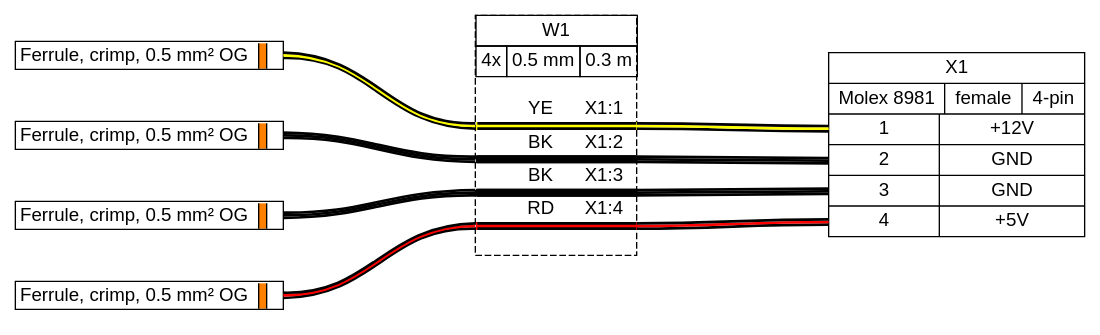
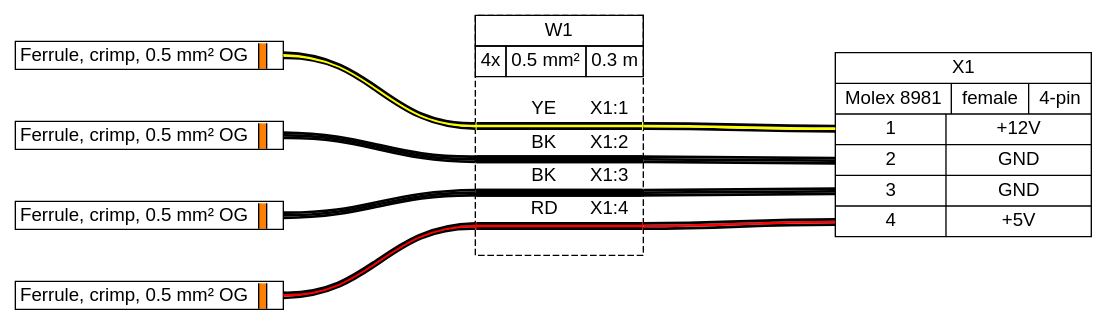
The diagram in tutorial/tutorial05.gv (wireviz/WireViz), drawn with Graphviz before and after one commit. The commit also changed 20 other files, not shown here.

```diff
--- a/tutorial/tutorial05.gv
+++ b/tutorial/tutorial05.gv
@@ -1,65 +1,65 @@
 graph {
 // Graph generated by WireViz
 // https://github.com/formatc1702/WireViz
 	graph [bgcolor=white fontname=arial nodesep=0.33 rankdir=LR ranksep=2]
 	node [fillcolor=white fontname=arial shape=record style=filled]
 	edge [fontname=arial style=bold]
 	X1 [label="X1|{Molex 8981|female|4-pin}|{{<p1l>1|<p2l>2|<p3l>3|<p4l>4}|{+12V|GND|GND|+5V}}"]
 	_F1 [label=<
 
                 <TABLE BORDER="1" CELLBORDER="0" CELLSPACING="0" CELLPADDING="2"><TR>
                 <TD PORT="p1l"> Ferrule, crimp, 0.5 mm² OG </TD>
                 <TD BGCOLOR="#FF8000" BORDER="1" SIDES="LR" WIDTH="4"></TD>
                 <TD PORT="p1r">  </TD>
                 </TR></TABLE>
 
 
                 > margin=0 orientation=180 shape=none style=filled]
 	_F2 [label=<
 
                 <TABLE BORDER="1" CELLBORDER="0" CELLSPACING="0" CELLPADDING="2"><TR>
                 <TD PORT="p1l"> Ferrule, crimp, 0.5 mm² OG </TD>
                 <TD BGCOLOR="#FF8000" BORDER="1" SIDES="LR" WIDTH="4"></TD>
                 <TD PORT="p1r">  </TD>
                 </TR></TABLE>
 
 
                 > margin=0 orientation=180 shape=none style=filled]
 	_F3 [label=<
 
                 <TABLE BORDER="1" CELLBORDER="0" CELLSPACING="0" CELLPADDING="2"><TR>
                 <TD PORT="p1l"> Ferrule, crimp, 0.5 mm² OG </TD>
                 <TD BGCOLOR="#FF8000" BORDER="1" SIDES="LR" WIDTH="4"></TD>
                 <TD PORT="p1r">  </TD>
                 </TR></TABLE>
 
 
                 > margin=0 orientation=180 shape=none style=filled]
 	_F4 [label=<
 
                 <TABLE BORDER="1" CELLBORDER="0" CELLSPACING="0" CELLPADDING="2"><TR>
                 <TD PORT="p1l"> Ferrule, crimp, 0.5 mm² OG </TD>
                 <TD BGCOLOR="#FF8000" BORDER="1" SIDES="LR" WIDTH="4"></TD>
                 <TD PORT="p1r">  </TD>
                 </TR></TABLE>
 
 
                 > margin=0 orientation=180 shape=none style=filled]
 	edge [color="#000000:#ffff00:#000000"]
 	_F1:e -- W1:w1:w
 	edge [color="#000000:#000000:#000000"]
 	_F2:e -- W1:w2:w
 	edge [color="#000000:#000000:#000000"]
 	_F3:e -- W1:w3:w
 	edge [color="#000000:#ff0000:#000000"]
 	_F4:e -- W1:w4:w
 	edge [color="#000000:#ffff00:#000000"]
 	W1:w1:e -- X1:p1l:w
 	edge [color="#000000:#000000:#000000"]
 	W1:w2:e -- X1:p2l:w
 	edge [color="#000000:#000000:#000000"]
 	W1:w3:e -- X1:p3l:w
 	edge [color="#000000:#ff0000:#000000"]
 	W1:w4:e -- X1:p4l:w
-	W1 [label=<<table border="0" cellspacing="0" cellpadding="0"><tr><td><table border="0" cellspacing="0" cellpadding="3" cellborder="1"><tr><td colspan="3">W1</td></tr><tr><td>4x</td><td>0.5 mm</td><td>0.3 m</td></tr></table></td></tr><tr><td>&nbsp;</td></tr><tr><td><table border="0" cellspacing="0" cellborder="0"><tr><td></td><td>YE</td><td>X1:1</td></tr><tr><td colspan="3" cellpadding="0" height="6" bgcolor="#ffff00" border="2" sides="tb" port="w1"></td></tr><tr><td></td><td>BK</td><td>X1:2</td></tr><tr><td colspan="3" cellpadding="0" height="6" bgcolor="#000000" border="2" sides="tb" port="w2"></td></tr><tr><td></td><td>BK</td><td>X1:3</td></tr><tr><td colspan="3" cellpadding="0" height="6" bgcolor="#000000" border="2" sides="tb" port="w3"></td></tr><tr><td></td><td>RD</td><td>X1:4</td></tr><tr><td colspan="3" cellpadding="0" height="6" bgcolor="#ff0000" border="2" sides="tb" port="w4"></td></tr><tr><td>&nbsp;</td></tr></table></td></tr></table>> fillcolor=white margin=0 shape=box style="filled,dashed"]
+	W1 [label=<<table border="0" cellspacing="0" cellpadding="0"><tr><td><table border="0" cellspacing="0" cellpadding="3" cellborder="1"><tr><td colspan="3">W1</td></tr><tr><td>4x</td><td>0.5 mm²</td><td>0.3 m</td></tr></table></td></tr><tr><td>&nbsp;</td></tr><tr><td><table border="0" cellspacing="0" cellborder="0"><tr><td></td><td>YE</td><td>X1:1</td></tr><tr><td colspan="3" cellpadding="0" height="6" bgcolor="#ffff00" border="2" sides="tb" port="w1"></td></tr><tr><td></td><td>BK</td><td>X1:2</td></tr><tr><td colspan="3" cellpadding="0" height="6" bgcolor="#000000" border="2" sides="tb" port="w2"></td></tr><tr><td></td><td>BK</td><td>X1:3</td></tr><tr><td colspan="3" cellpadding="0" height="6" bgcolor="#000000" border="2" sides="tb" port="w3"></td></tr><tr><td></td><td>RD</td><td>X1:4</td></tr><tr><td colspan="3" cellpadding="0" height="6" bgcolor="#ff0000" border="2" sides="tb" port="w4"></td></tr><tr><td>&nbsp;</td></tr></table></td></tr></table>> fillcolor=white margin=0 shape=box style="filled,dashed"]
 }
```
